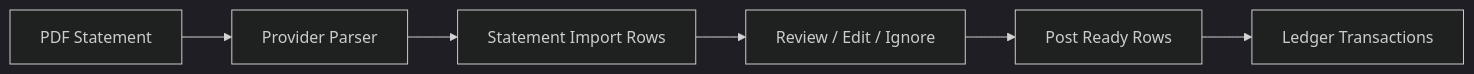
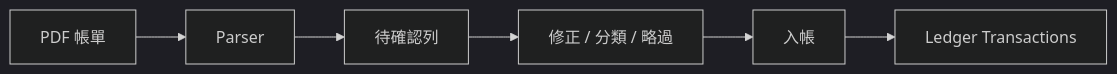
The second of 2 diagrams in README.md (andy-28/personal-finance-os), drawn with Mermaid (dark theme) before and after one commit. The commit also changed other lines of this file and 26 other files, not shown here.

````diff
--- a/README.md
+++ b/README.md
@@ -114,11 +152,8 @@
 ```mermaid
 flowchart LR
-  PDF["PDF Statement"]
-  Parser["Provider Parser"]
-  Rows["Statement Import Rows"]
-  Review["Review / Edit / Ignore"]
-  Post["Post Ready Rows"]
-  Ledger["Ledger Transactions"]
-
-  PDF --> Parser --> Rows --> Review --> Post --> Ledger
+  PDF["PDF 帳單"] --> Parser["Parser"]
+  Parser --> Rows["待確認列"]
+  Rows --> Review["修正 / 分類 / 略過"]
+  Review --> Post["入帳"]
+  Post --> Ledger["Ledger Transactions"]
 ```
````
